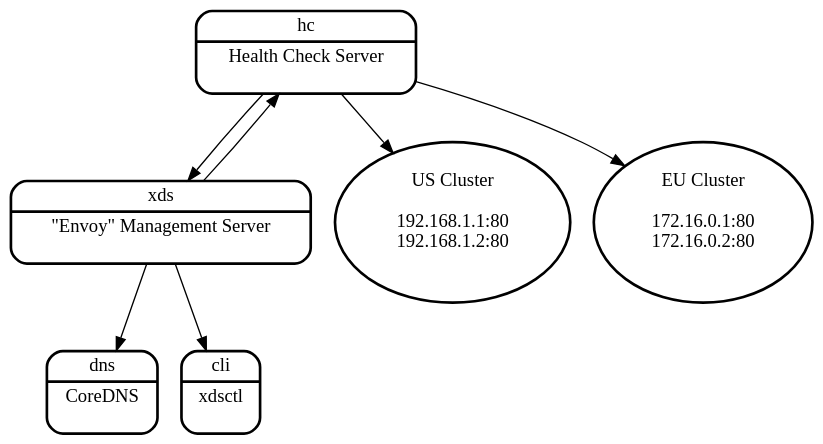
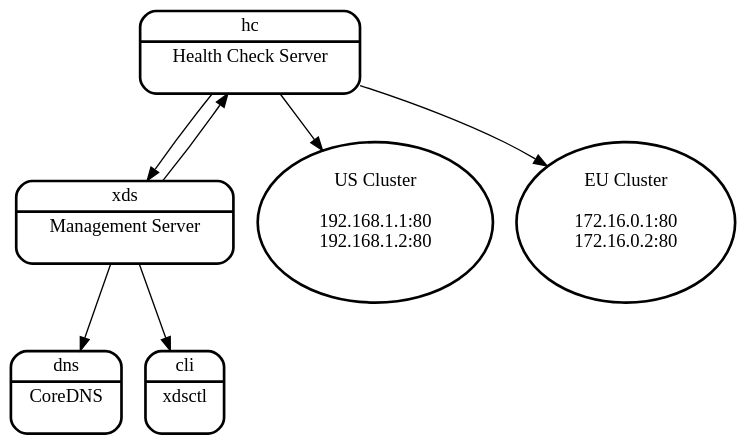
Before and after one commit to miekg/kubeadam: the diagram in xds-overview.dot, drawn with Graphviz. The commit also changed 3 other files, not shown here.

```diff
--- a/xds-overview.dot
+++ b/xds-overview.dot
@@ -1,33 +1,33 @@
 digraph xds_overview {
     bgcolor="transparent"
     subgraph sub_web_us {
         label="web US";
         node[shape=oval,penwidth=2]
         web_us [label="US Cluster\n\n192.168.1.1:80\n192.168.1.2:80\n\n"];
     }
     subgraph sub_web_eu {
         label="web EU";
         node[shape=oval,penwidth=2]
         web_eu [label="EU Cluster\n\n172.16.0.1:80\n172.16.0.2:80\n\n"];
     }
     subgraph sub_xds {
-        xds [label="{<f0> xds|<f1> \"Envoy\" Management Server\n\n}" shape=Mrecord,penwidth=2];
+        xds [label="{<f0> xds|<f1> Management Server\n\n}" shape=Mrecord,penwidth=2];
     }
     subgraph sub_hc {
         hc [label="{<f0> hc|<f1> Health Check Server\n\n}" shape=Mrecord,penwidth=2];
     }
     subgraph sub_coredns {
         coredns [label="{<f0> dns|<f1> CoreDNS\n\n}" shape=Mrecord,penwidth=2];
     }
     subgraph sub_xdsctl {
         xdsctl [label="{<f0> cli|<f1> xdsctl\n\n}" shape=Mrecord,penwidth=2];
     }
     {rank=same; web_us, web_eu}
     {rank=same; coredns, xdsctl}
 
     hc -> xds
     xds -> hc
     xds -> coredns
     xds -> xdsctl
     hc -> web_eu, web_us
 }
```
